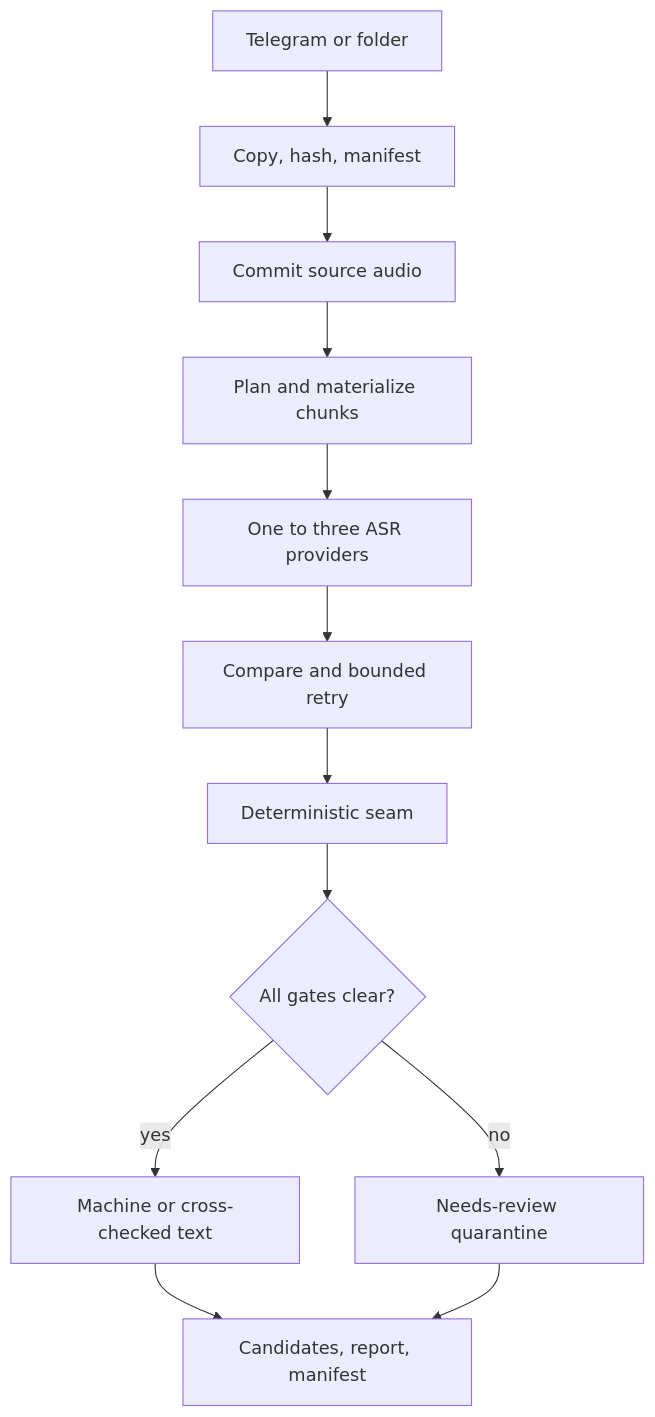
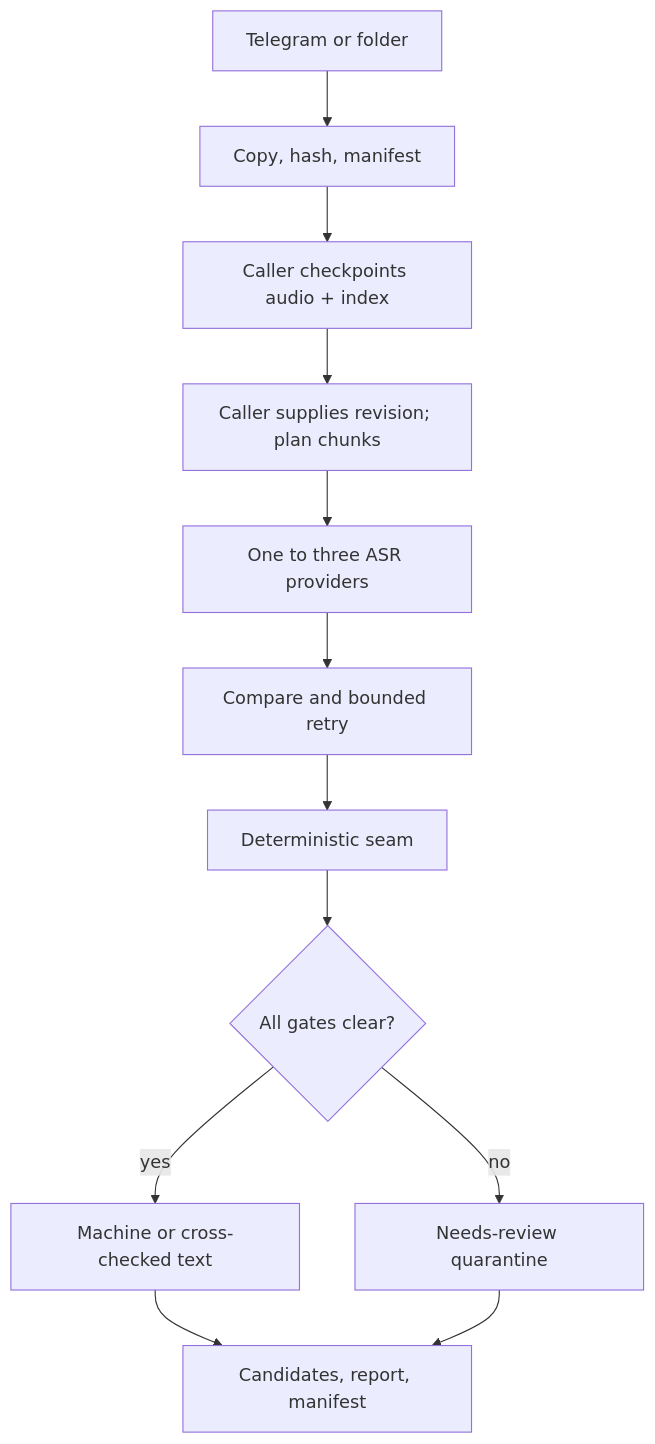
One commit to octoleo/octoscribe changed the first of 2 diagrams in docs/ARCHITECTURE.md. Above: the diagram before and after it, drawn with Mermaid. The commit also changed other lines of this file and 29 other files, not shown here.

````diff
--- a/docs/ARCHITECTURE.md
+++ b/docs/ARCHITECTURE.md
@@ -32,14 +33,14 @@
 ```mermaid
 flowchart TD
     A["Telegram or folder"] --> B["Copy, hash, manifest"]
-    B --> C["Commit source audio"]
-    C --> D["Plan and materialize chunks"]
+    B --> C["Caller checkpoints audio + index"]
+    C --> D["Caller supplies revision; plan chunks"]
     D --> E["One to three ASR providers"]
     E --> F["Compare and bounded retry"]
     F --> G["Deterministic seam"]
     G --> H{"All gates clear?"}
     H -->|yes| I["Machine or cross-checked text"]
     H -->|no| J["Needs-review quarantine"]
     I --> K["Candidates, report, manifest"]
     J --> K
 ```
````
